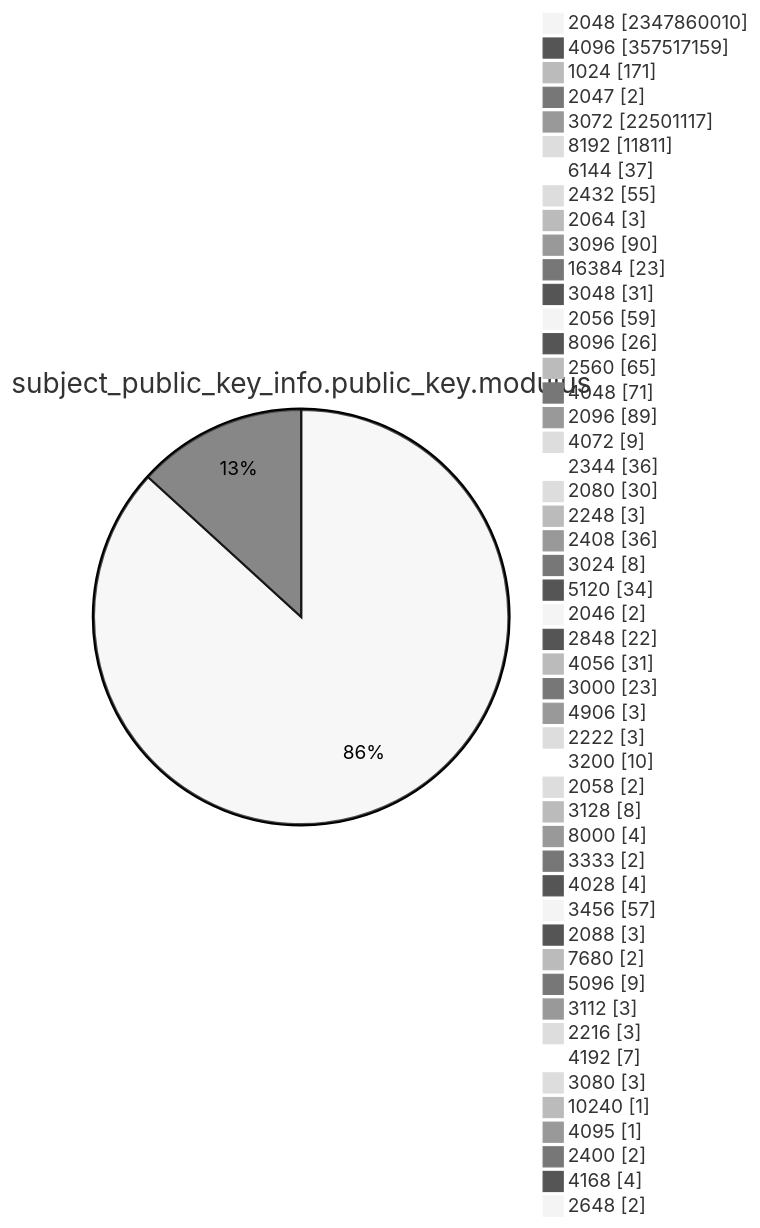
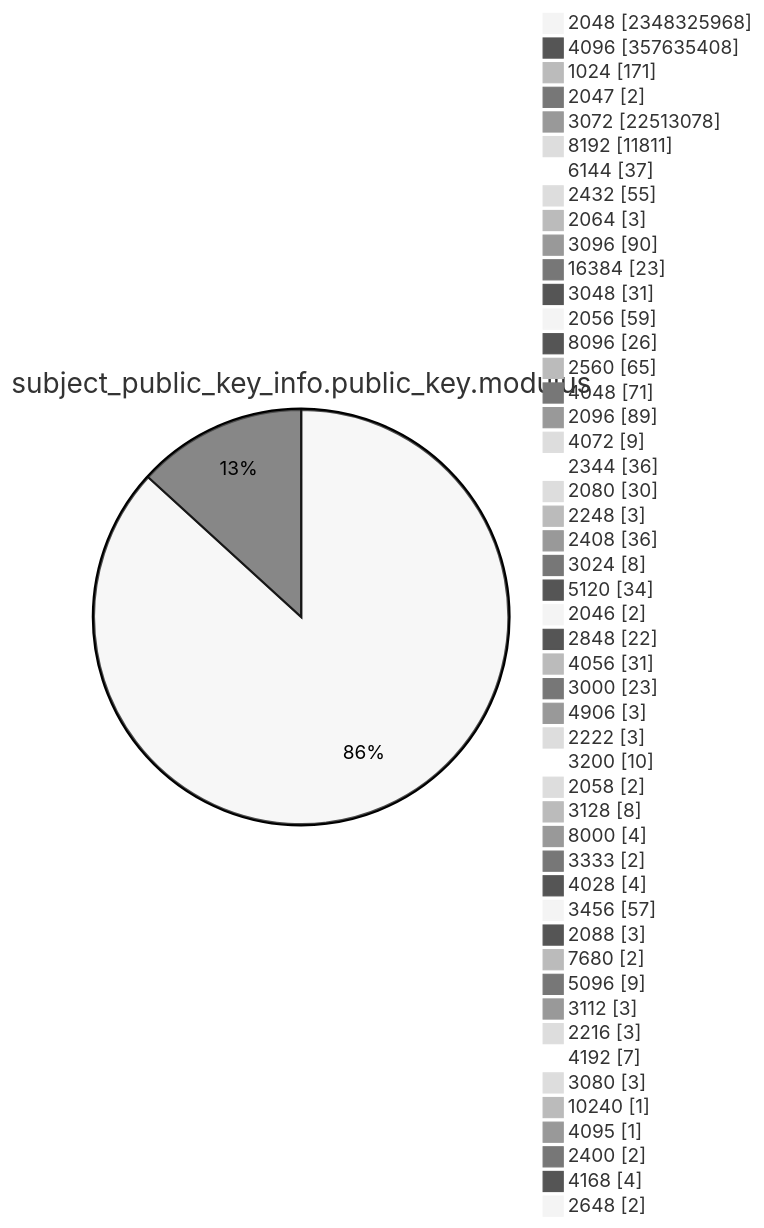
One commit to christiankrug/ctmonitor_visualization changed diagram 13 of 15 in TOTAL/README.md. Above: the diagram before and after it, drawn with Mermaid (neutral theme). The commit also changed other lines of this file, not shown here.

````diff
--- a/TOTAL/README.md
+++ b/TOTAL/README.md
@@ -4167,53 +4167,53 @@
 ```mermaid
 pie showData
 title subject_public_key_info.public_key.modulus
-"2048" :2347860010
-"4096" :357517159
+"2048" :2348325968
+"4096" :357635408
 "1024" :171
 "2047" :2
-"3072" :22501117
+"3072" :22513078
 "8192" :11811
 "6144" :37
 "2432" :55
 "2064" :3
 "3096" :90
 "16384" :23
 "3048" :31
 "2056" :59
 "8096" :26
 "2560" :65
 "4048" :71
 "2096" :89
 "4072" :9
 "2344" :36
 "2080" :30
 "2248" :3
 "2408" :36
 "3024" :8
 "5120" :34
 "2046" :2
 "2848" :22
 "4056" :31
 "3000" :23
 "4906" :3
 "2222" :3
 "3200" :10
 "2058" :2
 "3128" :8
 "8000" :4
 "3333" :2
 "4028" :4
 "3456" :57
 "2088" :3
 "7680" :2
 "5096" :9
 "3112" :3
 "2216" :3
 "4192" :7
 "3080" :3
 "10240" :1
 "4095" :1
 "2400" :2
 "4168" :4
 "2648" :2
 ```
````
